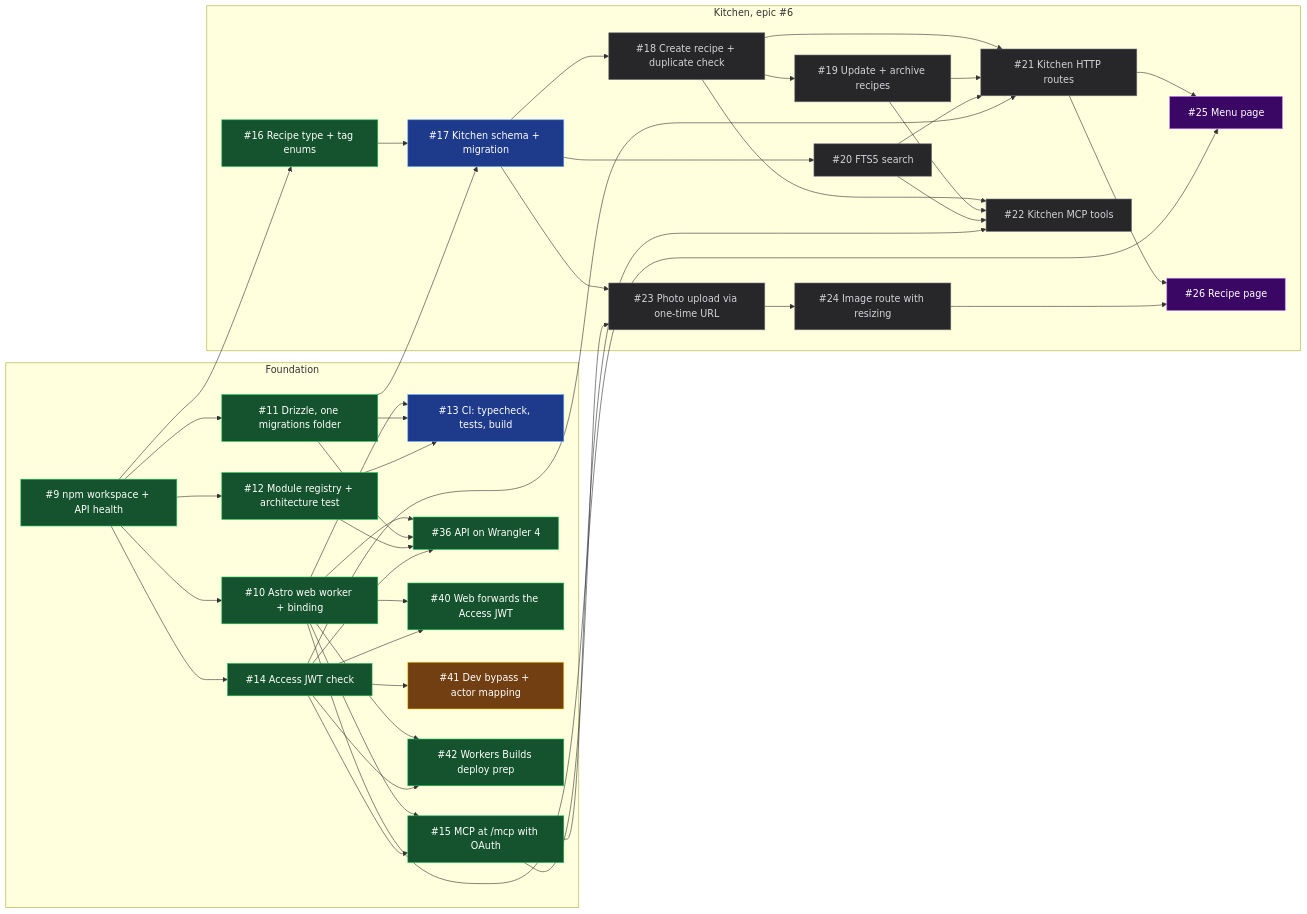
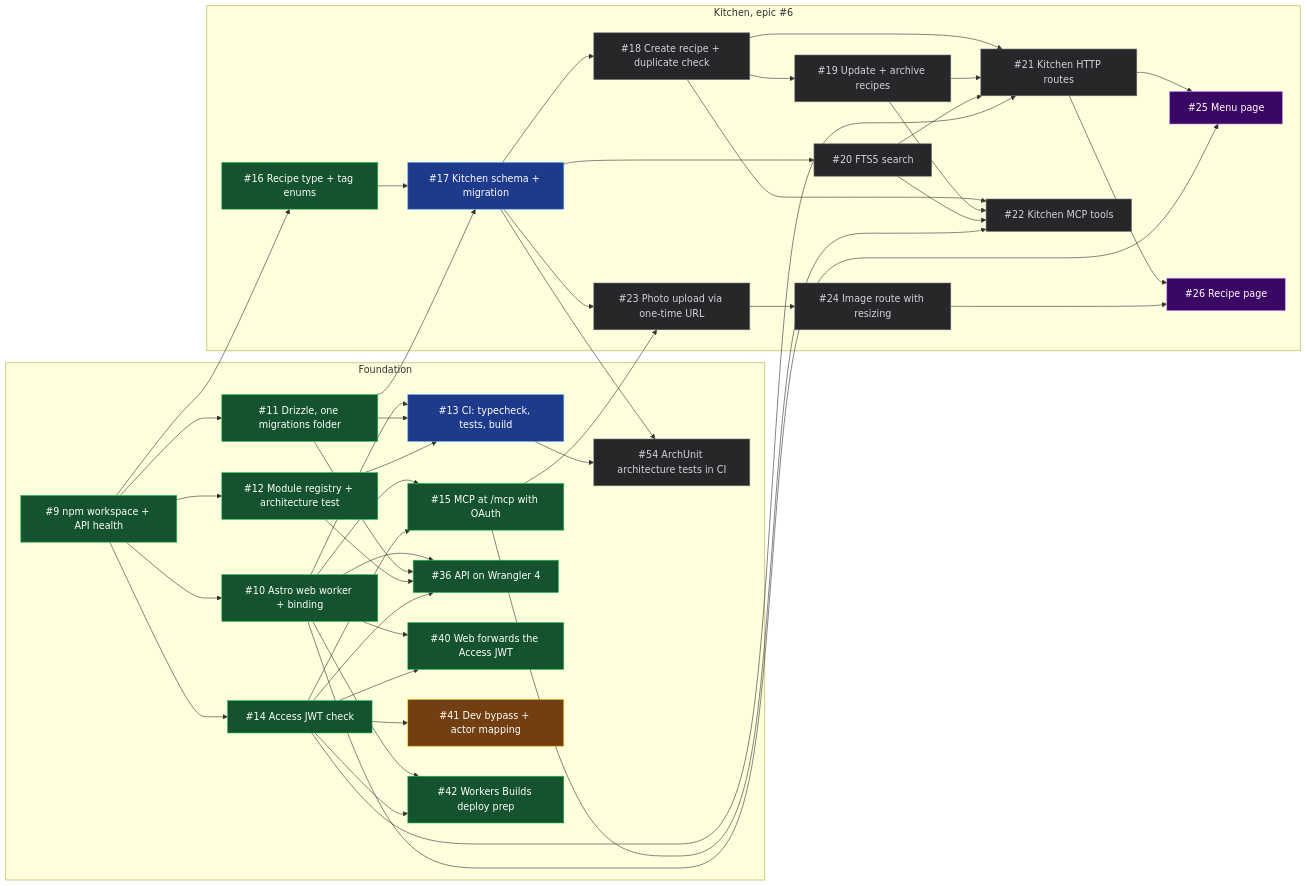
The diagram in docs/roadmap.md (WH1TE-SHAD0W/command-center), drawn with Mermaid before and after one commit. The commit also changed other lines of this file, not shown here.

First line of the commit message:
docs(roadmap): add #54, ArchUnit architecture tests in CI

````diff
--- a/docs/roadmap.md
+++ b/docs/roadmap.md
@@ -23,57 +23,59 @@
 ```mermaid
 flowchart LR
   classDef done fill:#14532d,stroke:#22c55e,color:#fff
   classDef ready fill:#1e3a8a,stroke:#60a5fa,color:#fff
   classDef decide fill:#713f12,stroke:#facc15,color:#fff
   classDef design fill:#3b0764,stroke:#c084fc,color:#fff
   classDef locked fill:#27272a,stroke:#71717a,color:#d4d4d8
 
   subgraph E0["Foundation"]
     I9["#9 npm workspace + API health"]
     I10["#10 Astro web worker + binding"]
     I11["#11 Drizzle, one migrations folder"]
     I12["#12 Module registry + architecture test"]
     I13["#13 CI: typecheck, tests, build"]
     I14["#14 Access JWT check"]
     I15["#15 MCP at /mcp with OAuth"]
     I36["#36 API on Wrangler 4"]
     I40["#40 Web forwards the Access JWT"]
     I41["#41 Dev bypass + actor mapping"]
     I42["#42 Workers Builds deploy prep"]
+    I54["#54 ArchUnit architecture tests in CI"]
   end
 
   subgraph K["Kitchen, epic #6"]
     I16["#16 Recipe type + tag enums"]
     I17["#17 Kitchen schema + migration"]
     I18["#18 Create recipe + duplicate check"]
     I19["#19 Update + archive recipes"]
     I20["#20 FTS5 search"]
     I21["#21 Kitchen HTTP routes"]
     I22["#22 Kitchen MCP tools"]
     I23["#23 Photo upload via one-time URL"]
     I24["#24 Image route with resizing"]
     I25["#25 Menu page"]
     I26["#26 Recipe page"]
   end
 
   I9 --> I10 & I11 & I12 & I14 & I16
   I10 & I11 & I12 --> I13
   I10 & I14 --> I15
   I10 & I11 & I12 & I14 --> I36
   I10 & I14 --> I40 & I42
   I14 --> I41
+  I13 & I17 --> I54
   I11 & I16 --> I17
   I17 --> I18 --> I19
   I17 --> I20
   I18 & I19 & I20 & I14 --> I21
   I18 & I19 & I20 & I15 --> I22
   I17 & I15 --> I23 --> I24
   I21 & I10 --> I25
   I21 & I24 --> I26
 
   class I9,I10,I11,I12,I14,I15,I16,I36,I40,I42 done
   class I13,I17 ready
   class I41 decide
-  class I18,I19,I20,I21,I22,I23,I24 locked
+  class I18,I19,I20,I21,I22,I23,I24,I54 locked
   class I25,I26 design
 ```
````
